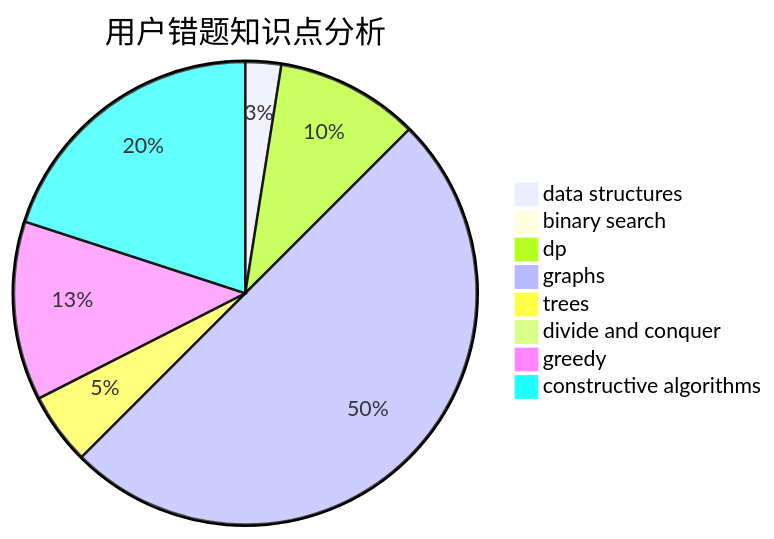
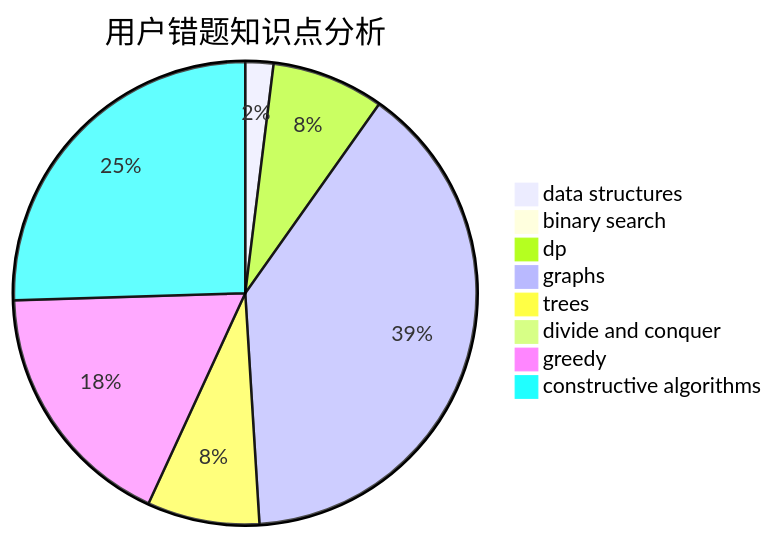
Before and after one commit to sherpahu/cfrs.github.io: the third of 3 diagrams in docs/user/u684.md, drawn with Mermaid. The commit also changed other lines of this file and 2770 other files, not shown here.

````diff
--- a/docs/user/u684.md
+++ b/docs/user/u684.md
@@ -36,11 +36,11 @@
 ```mermaid
 pie title 用户错题知识点分析
     "data structures" :  1
     "binary search" :  0
     "dp" :  4
     "graphs" :  20
-    "trees" :  2
+    "trees" :  4
     "divide and conquer" :  0
-    "greedy" :  5
-    "constructive algorithms" :  8
+    "greedy" :  9
+    "constructive algorithms" :  13
 ```
````
